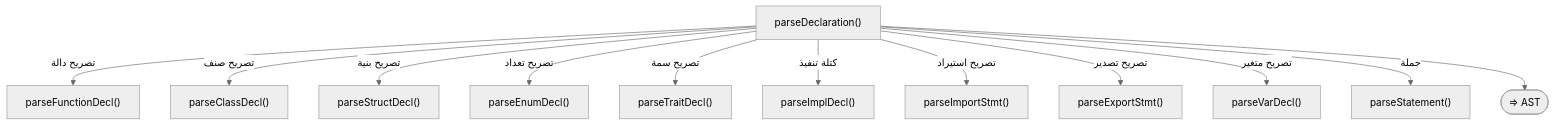
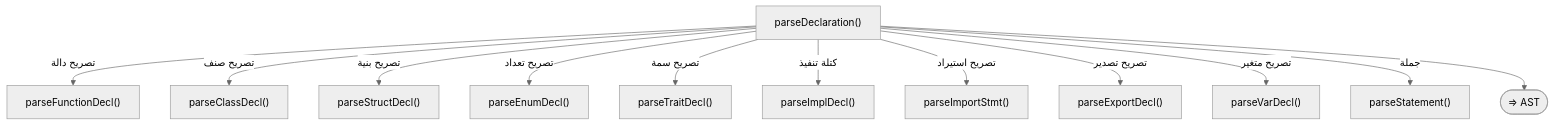
Before and after one commit to sadlang/sadlang: the fourth of 9 diagrams in docs/parser_rule/_generated/00_program.md, drawn with Mermaid (neutral theme). The commit also changed other lines of this file and 35 other files, not shown here.

````diff
--- a/docs/parser_rule/_generated/00_program.md
+++ b/docs/parser_rule/_generated/00_program.md
@@ -111,26 +111,26 @@
 ```mermaid
 flowchart TD
   f1["parseDeclaration()"]
   f2["parseFunctionDecl()"]
   f1 -- "تصريح دالة" --> f2
   f3["parseClassDecl()"]
   f1 -- "تصريح صنف" --> f3
   f4["parseStructDecl()"]
   f1 -- "تصريح بنية" --> f4
   f5["parseEnumDecl()"]
   f1 -- "تصريح تعداد" --> f5
   f6["parseTraitDecl()"]
   f1 -- "تصريح سمة" --> f6
   f7["parseImplDecl()"]
   f1 -- "كتلة تنفيذ" --> f7
   f8["parseImportStmt()"]
   f1 -- "تصريح استيراد" --> f8
-  f9["parseExportStmt()"]
+  f9["parseExportDecl()"]
   f1 -- "تصريح تصدير" --> f9
   f10["parseVarDecl()"]
   f1 -- "تصريح متغير" --> f10
   f11["parseStatement()"]
   f1 -- "جملة" --> f11
   f12(["⇒ AST"])
   f1 --> f12
 ```
````
